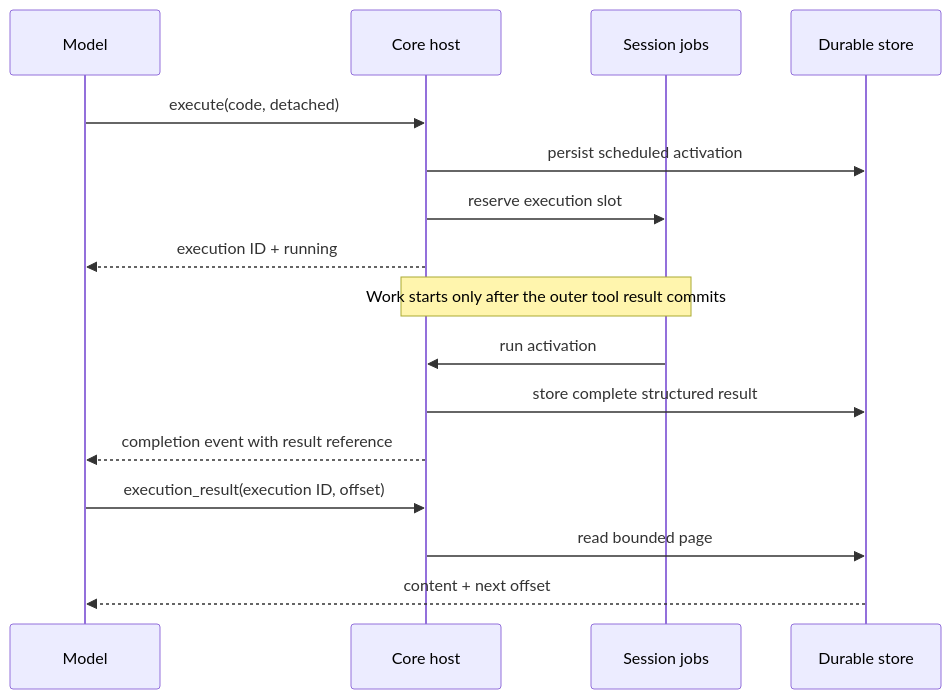
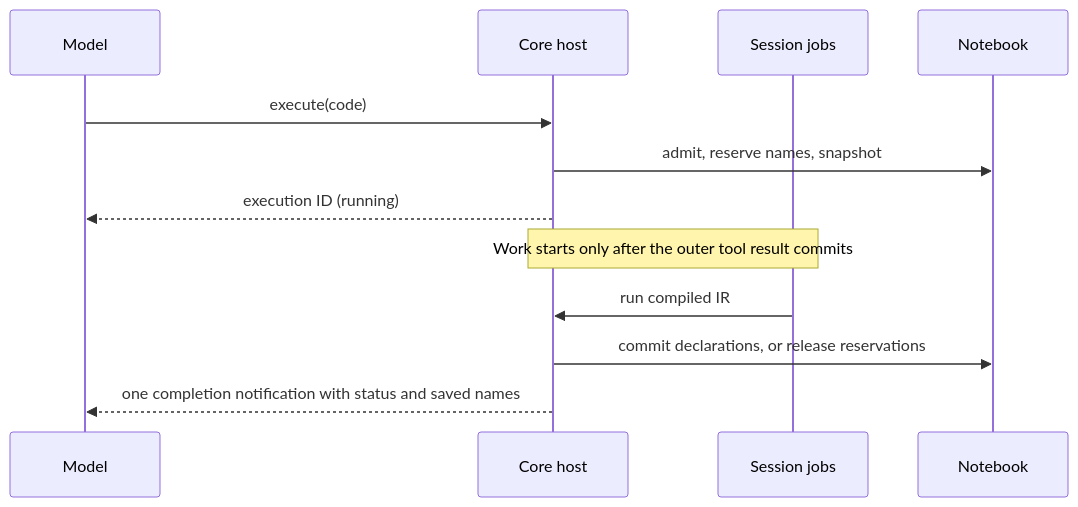
One commit to devagrawal09/ocpp changed the third of 3 diagrams in packages/codemode/interpreter-support.md. Above: the diagram before and after it, drawn with Mermaid. The commit also changed other lines of this file and 4 other files, not shown here.

````diff
--- a/packages/codemode/interpreter-support.md
+++ b/packages/codemode/interpreter-support.md
@@ -153,19 +177,15 @@
 ```mermaid
 sequenceDiagram
     participant M as Model
     participant C as Core host
     participant J as Session jobs
-    participant D as Durable store
+    participant N as Notebook
 
-    M->>C: execute(code, detached)
-    C->>D: persist scheduled activation
-    C->>J: reserve execution slot
-    C-->>M: execution ID + running
+    M->>C: execute(code)
+    C->>N: admit, reserve names, snapshot
+    C-->>M: execution ID (running)
     Note over C,J: Work starts only after the outer tool result commits
-    J->>C: run activation
-    C->>D: store complete structured result
-    C-->>M: completion event with result reference
-    M->>C: execution_result(execution ID, offset)
-    C->>D: read bounded page
-    D-->>M: content + next offset
+    J->>C: run compiled IR
+    C->>N: commit declarations, or release reservations
+    C-->>M: one completion notification with status and saved names
 ```
````
